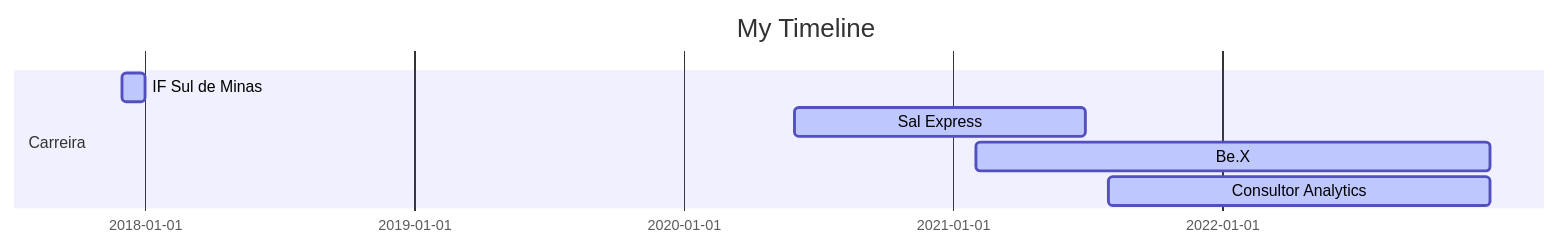
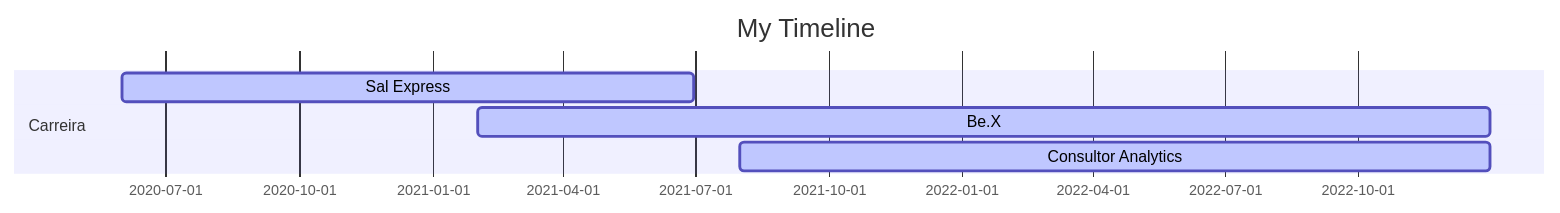
One commit to julioszeferino/julioszeferino changed the diagram in README.md. Above: the diagram before and after it, drawn with Mermaid.

````diff
--- a/README.md
+++ b/README.md
@@ -8,13 +8,12 @@
 ```mermaid
 
 gantt
 dateFormat  YYYY-MM-DD
 title My Timeline
 
 section Carreira
-IF Sul de Minas       :active,, 2017-12-01,2018-01-01
 Sal Express           :active,, 2020-06-01,2021-06-30
 Be.X                  :active,, 2021-02-01,2022-12-31
 Consultor Analytics   :active,, 2021-08-01,2022-12-31
 
 ```
````
